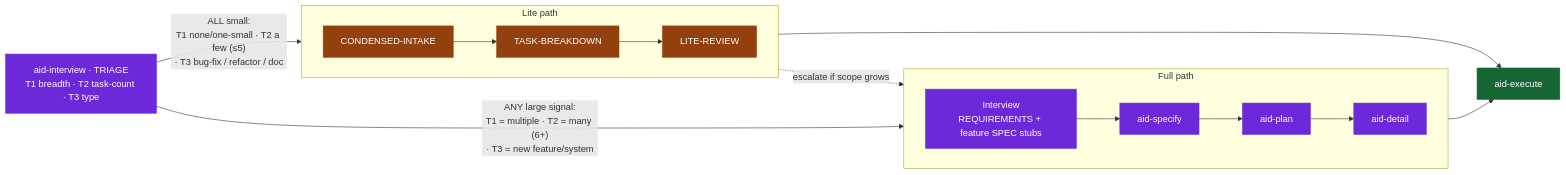
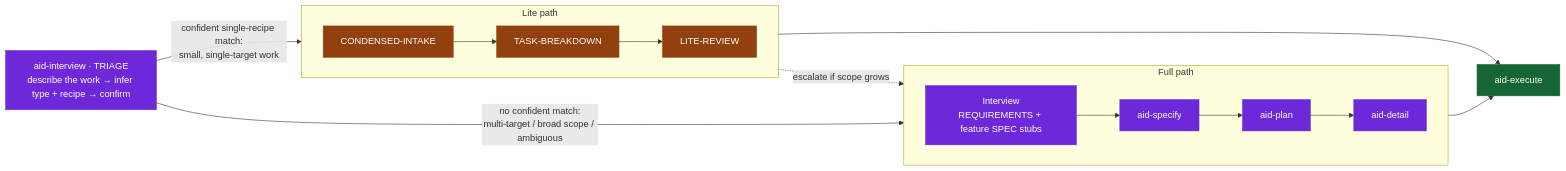
Before and after one commit to AndreVianna/aid-methodology: the fourth of 7 diagrams in methodology/aid-methodology.md, drawn with Mermaid. The commit also changed other lines of this file and 3 other files, not shown here.

````diff
--- a/methodology/aid-methodology.md
+++ b/methodology/aid-methodology.md
@@ -441,29 +441,29 @@
 ```mermaid
 flowchart LR
     classDef def   fill:#6D28D9,stroke:#6D28D9,color:#ffffff
     classDef exe   fill:#166534,stroke:#166534,color:#ffffff
     classDef lite  fill:#92400E,stroke:#92400E,color:#ffffff
 
-    Triage["aid-interview · TRIAGE<br/>T1 breadth · T2 task-count · T3 type"]:::def
+    Triage["aid-interview · TRIAGE<br/>describe the work → infer type + recipe → confirm"]:::def
 
     subgraph FullPath[" Full path "]
         direction LR
         F1["Interview<br/>REQUIREMENTS + feature SPEC stubs"]:::def
         F2["aid-specify"]:::def
         F3["aid-plan"]:::def
         F4["aid-detail"]:::def
     end
     subgraph LitePath[" Lite path "]
         direction LR
         L1["CONDENSED-INTAKE"]:::lite
         L2["TASK-BREAKDOWN"]:::lite
         L3["LITE-REVIEW"]:::lite
     end
     Exec["aid-execute"]:::exe
 
-    Triage -- "ANY large signal:<br/>T1 = multiple · T2 = many (6+)<br/>· T3 = new feature/system" --> F1
+    Triage -- "no confident match:<br/>multi-target / broad scope / ambiguous" --> F1
     F1 --> F2 --> F3 --> F4 --> Exec
-    Triage -- "ALL small:<br/>T1 none/one-small · T2 a few (≤5)<br/>· T3 bug-fix / refactor / doc" --> L1
+    Triage -- "confident single-recipe match:<br/>small, single-target work" --> L1
     L1 --> L2 --> L3 --> Exec
     L3 -. "escalate if scope grows" .-> F1
 ```
````
